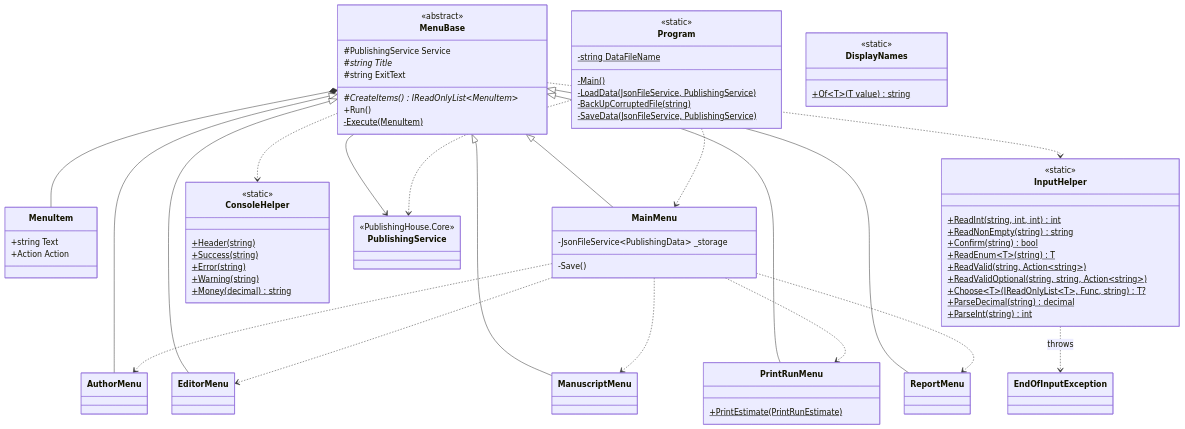
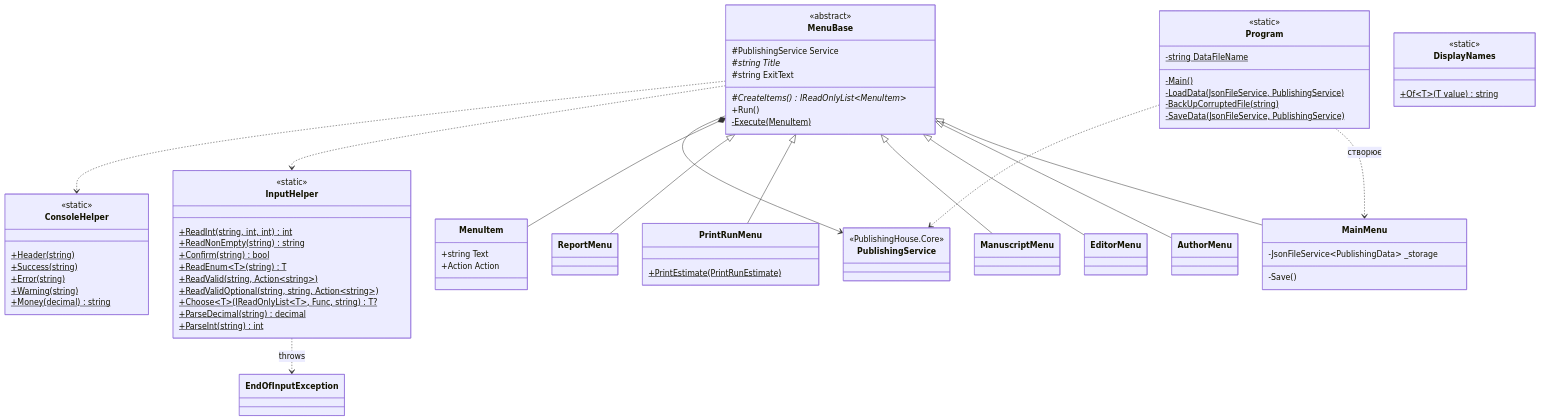
The diagram in coursework_2026/docs/uml/4_ui.mmd (oljyaaa/OOP_practice), drawn with Mermaid before and after one commit. The commit also changed 37 other files, not shown here.

Commit message:
Coursework: add report generator, report screenshots, split UML diagrams

```diff
--- a/coursework_2026/docs/uml/4_ui.mmd
+++ b/coursework_2026/docs/uml/4_ui.mmd
@@ -1,81 +1,76 @@
 classDiagram
     direction TB
     class Program {
         <<static>>
         -string DataFileName$
         -Main()$
         -LoadData(JsonFileService, PublishingService)$
         -BackUpCorruptedFile(string)$
         -SaveData(JsonFileService, PublishingService)$
     }
     class MenuBase {
         <<abstract>>
         #PublishingService Service
         #string Title*
         #string ExitText
         #CreateItems()* IReadOnlyList~MenuItem~
         +Run()
         -Execute(MenuItem)$
     }
     class MenuItem {
         +string Text
         +Action Action
     }
     class MainMenu {
         -JsonFileService~PublishingData~ _storage
         -Save()
     }
     class AuthorMenu
     class EditorMenu
     class ManuscriptMenu
     class PrintRunMenu {
         +PrintEstimate(PrintRunEstimate)$
     }
     class ReportMenu
     class InputHelper {
         <<static>>
         +ReadInt(string, int, int)$ int
         +ReadNonEmpty(string)$ string
         +Confirm(string)$ bool
         +ReadEnum~T~(string)$ T
         +ReadValid(string, Action~string~)$
         +ReadValidOptional(string, string, Action~string~)$
         +Choose~T~(IReadOnlyList~T~, Func, string)$ T?
         +ParseDecimal(string)$ decimal
         +ParseInt(string)$ int
     }
     class ConsoleHelper {
         <<static>>
         +Header(string)$
         +Success(string)$
         +Error(string)$
         +Warning(string)$
         +Money(decimal)$ string
     }
     class DisplayNames {
         <<static>>
         +Of~T~(T value)$ string
     }
     class EndOfInputException
     class PublishingService {
         <<PublishingHouse.Core>>
     }
 
     MenuBase <|-- MainMenu
     MenuBase <|-- AuthorMenu
     MenuBase <|-- EditorMenu
     MenuBase <|-- ManuscriptMenu
     MenuBase <|-- PrintRunMenu
     MenuBase <|-- ReportMenu
     MenuBase *-- MenuItem
     MenuBase --> PublishingService
-    MainMenu ..> AuthorMenu
-    MainMenu ..> EditorMenu
-    MainMenu ..> ManuscriptMenu
-    MainMenu ..> PrintRunMenu
-    MainMenu ..> ReportMenu
-    Program ..> MainMenu
+    Program ..> MainMenu : створює
     Program ..> PublishingService
     MenuBase ..> InputHelper
     MenuBase ..> ConsoleHelper
     InputHelper ..> EndOfInputException : throws
```
